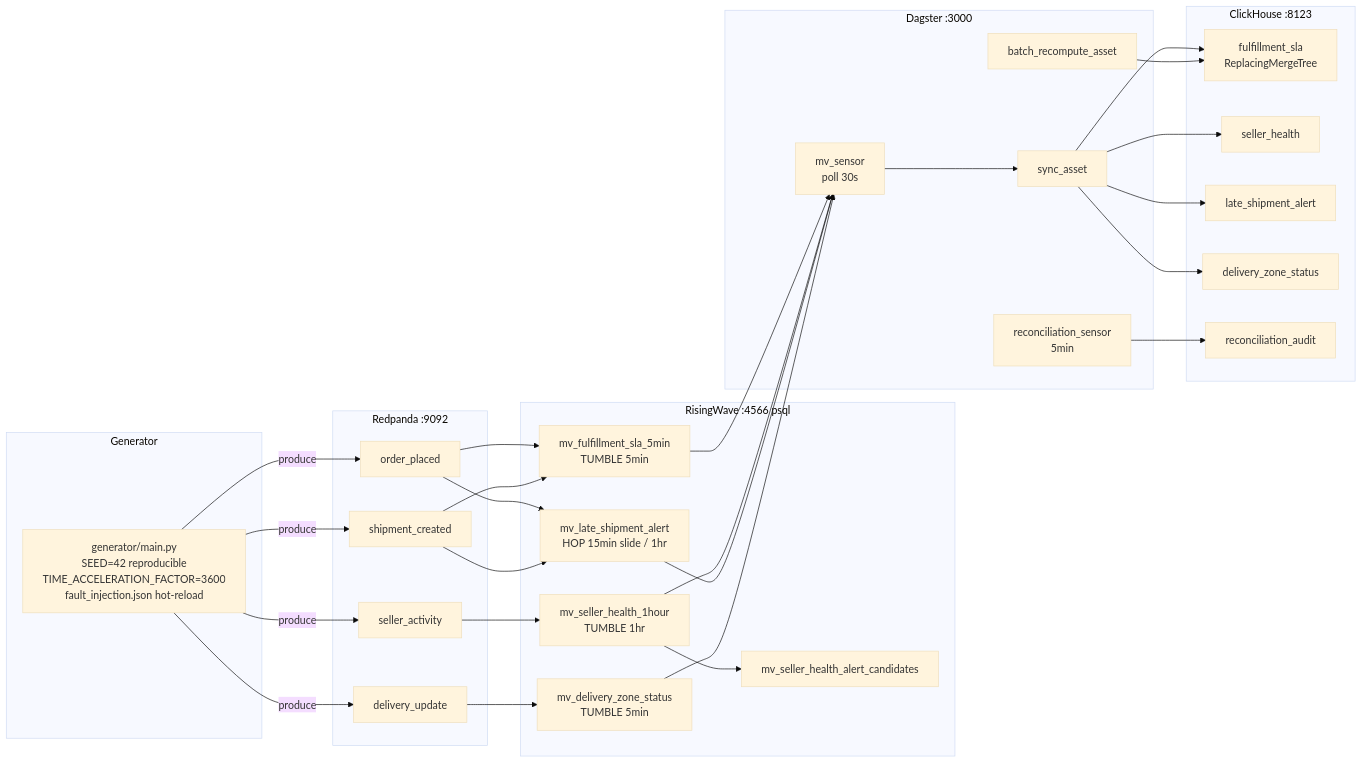
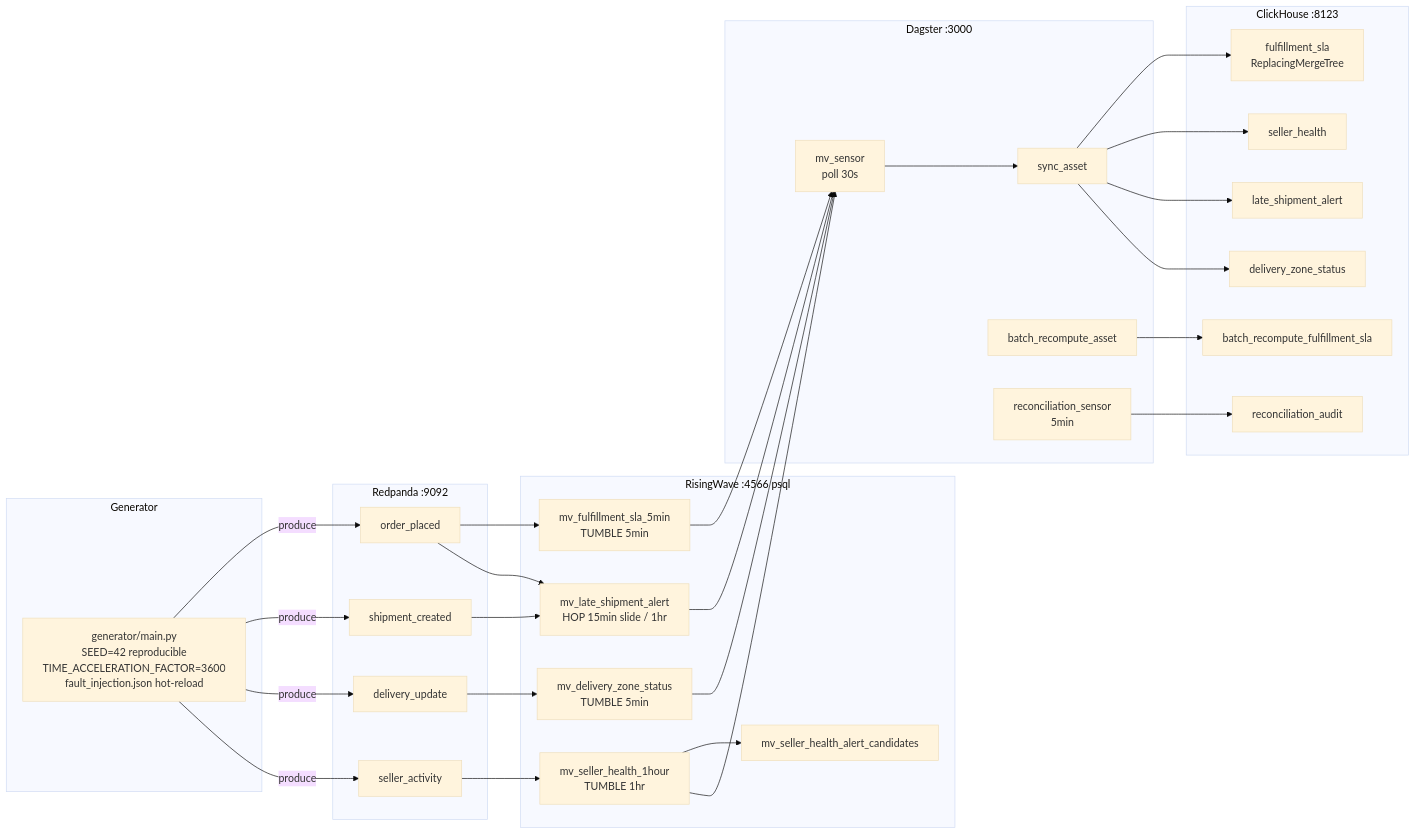
One commit to OmerTDK/marketplace-streaming changed the diagram in README.md. Above: the diagram before and after it, drawn with Mermaid (base theme). The commit also changed other lines of this file and 12 other files, not shown here.

````diff
--- a/README.md
+++ b/README.md
@@ -34,46 +34,48 @@
 ```mermaid
 flowchart LR
     subgraph Generator
         G[generator/main.py\nSEED=42 reproducible\nTIME_ACCELERATION_FACTOR=3600\nfault_injection.json hot-reload]
     end
 
     subgraph Redpanda["Redpanda :9092"]
         T1[order_placed]
         T2[shipment_created]
         T3[delivery_update]
         T4[seller_activity]
     end
 
     subgraph RisingWave["RisingWave :4566 psql"]
         MV1[mv_fulfillment_sla_5min\nTUMBLE 5min]
         MV2[mv_seller_health_1hour\nTUMBLE 1hr]
         MV2b[mv_seller_health_alert_candidates]
         MV3[mv_late_shipment_alert\nHOP 15min slide / 1hr]
         MV4[mv_delivery_zone_status\nTUMBLE 5min]
     end
 
     subgraph ClickHouse["ClickHouse :8123"]
         CH1[fulfillment_sla\nReplacingMergeTree]
         CH2[seller_health]
         CH3[late_shipment_alert]
         CH4[delivery_zone_status]
+        CH5[batch_recompute_fulfillment_sla]
         CH6[reconciliation_audit]
     end
 
     subgraph Dagster["Dagster :3000"]
         D1[mv_sensor\npoll 30s]
         D2[sync_asset]
         D3[batch_recompute_asset]
         D4[reconciliation_sensor\n5min]
     end
 
     G -->|produce| T1 & T2 & T3 & T4
-    T1 & T2 --> MV1 & MV3
+    T1 --> MV1
+    T1 & T2 --> MV3
     T3 --> MV4
     T4 --> MV2 --> MV2b
 
     MV1 & MV2 & MV3 & MV4 --> D1 --> D2
     D2 --> CH1 & CH2 & CH3 & CH4
-    D3 --> CH1
+    D3 --> CH5
     D4 --> CH6
 ```
````
